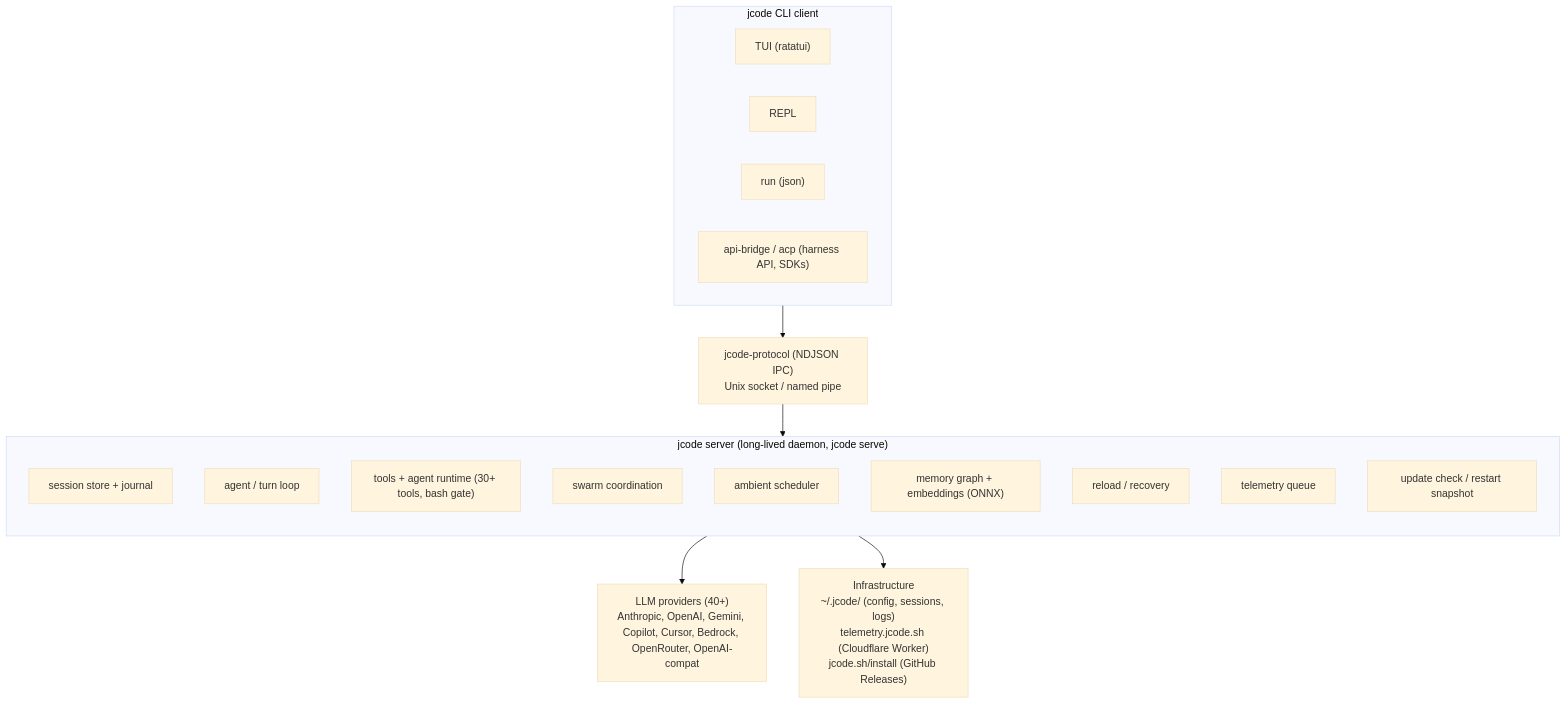
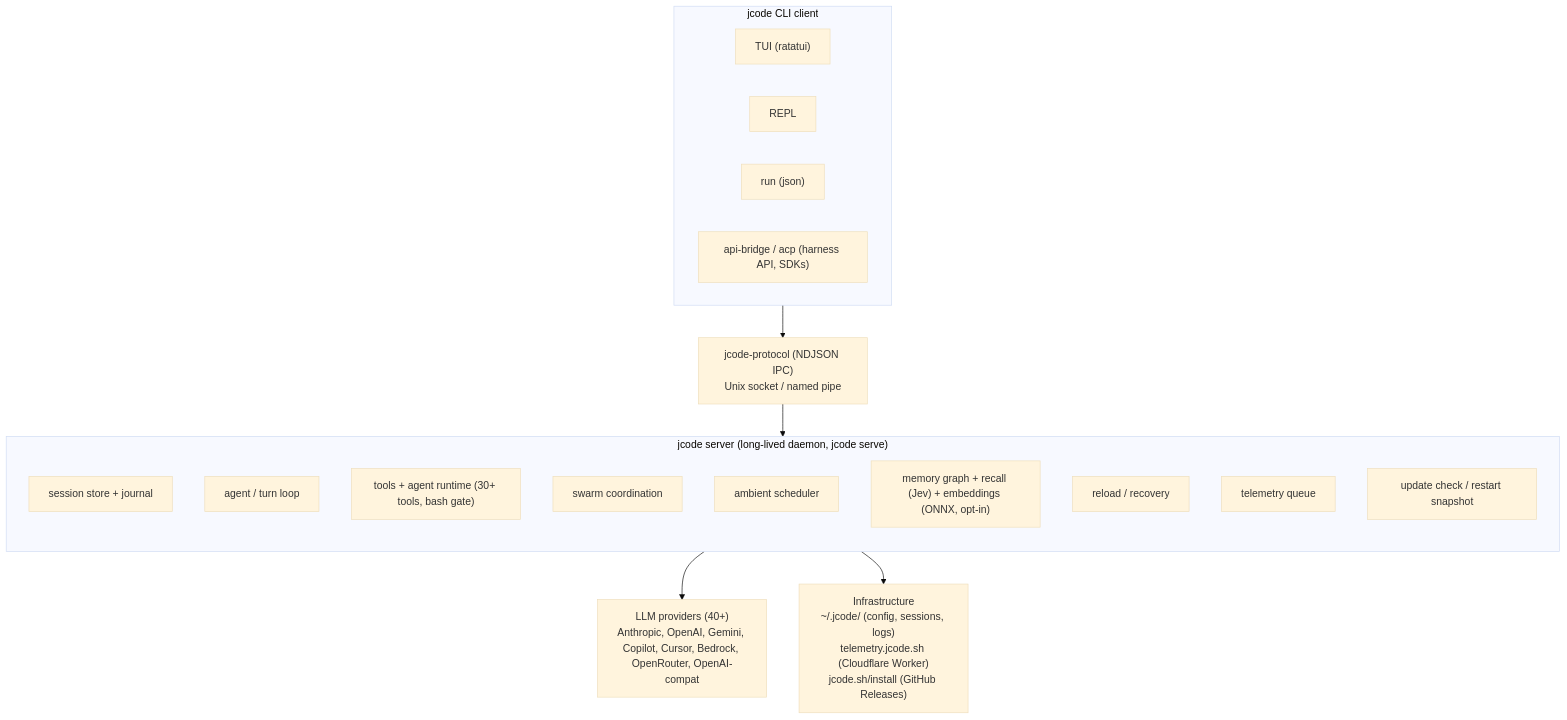
One commit to TomzxCode/sdlc changed the first of 2 diagrams in 1jehuang/jcode/.sdlc/context/architecture.md. Above: the diagram before and after it, drawn with Mermaid (base theme). The commit also changed other lines of this file and 72 other files, not shown here.

````diff
--- a/1jehuang/jcode/.sdlc/context/architecture.md
+++ b/1jehuang/jcode/.sdlc/context/architecture.md
@@ -5,26 +5,26 @@
 ```mermaid
 flowchart TB
     subgraph Client["jcode CLI client"]
         TUI["TUI (ratatui)"]
         REPL["REPL"]
         Run["run (json)"]
         Bridge["api-bridge / acp (harness API, SDKs)"]
     end
     Protocol["jcode-protocol (NDJSON IPC)<br/>Unix socket / named pipe"]
     Client --> Protocol
     subgraph Server["jcode server (long-lived daemon, jcode serve)"]
         direction TB
         SessionStore["session store + journal"]
         TurnLoop["agent / turn loop"]
         Tools["tools + agent runtime (30+ tools, bash gate)"]
         Swarm["swarm coordination"]
         Ambient["ambient scheduler"]
-        Memory["memory graph + embeddings (ONNX)"]
+        Memory["memory graph + recall (Jev) + embeddings (ONNX, opt-in)"]
         Reload["reload / recovery"]
         TelemetryQ["telemetry queue"]
         Update["update check / restart snapshot"]
     end
     Protocol --> Server
     Server --> Providers["LLM providers (40+)<br/>Anthropic, OpenAI, Gemini, Copilot, Cursor, Bedrock, OpenRouter, OpenAI-compat"]
     Server --> Infra["Infrastructure<br/>~/.jcode/ (config, sessions, logs)<br/>telemetry.jcode.sh (Cloudflare Worker)<br/>jcode.sh/install (GitHub Releases)"]
 ```
````
